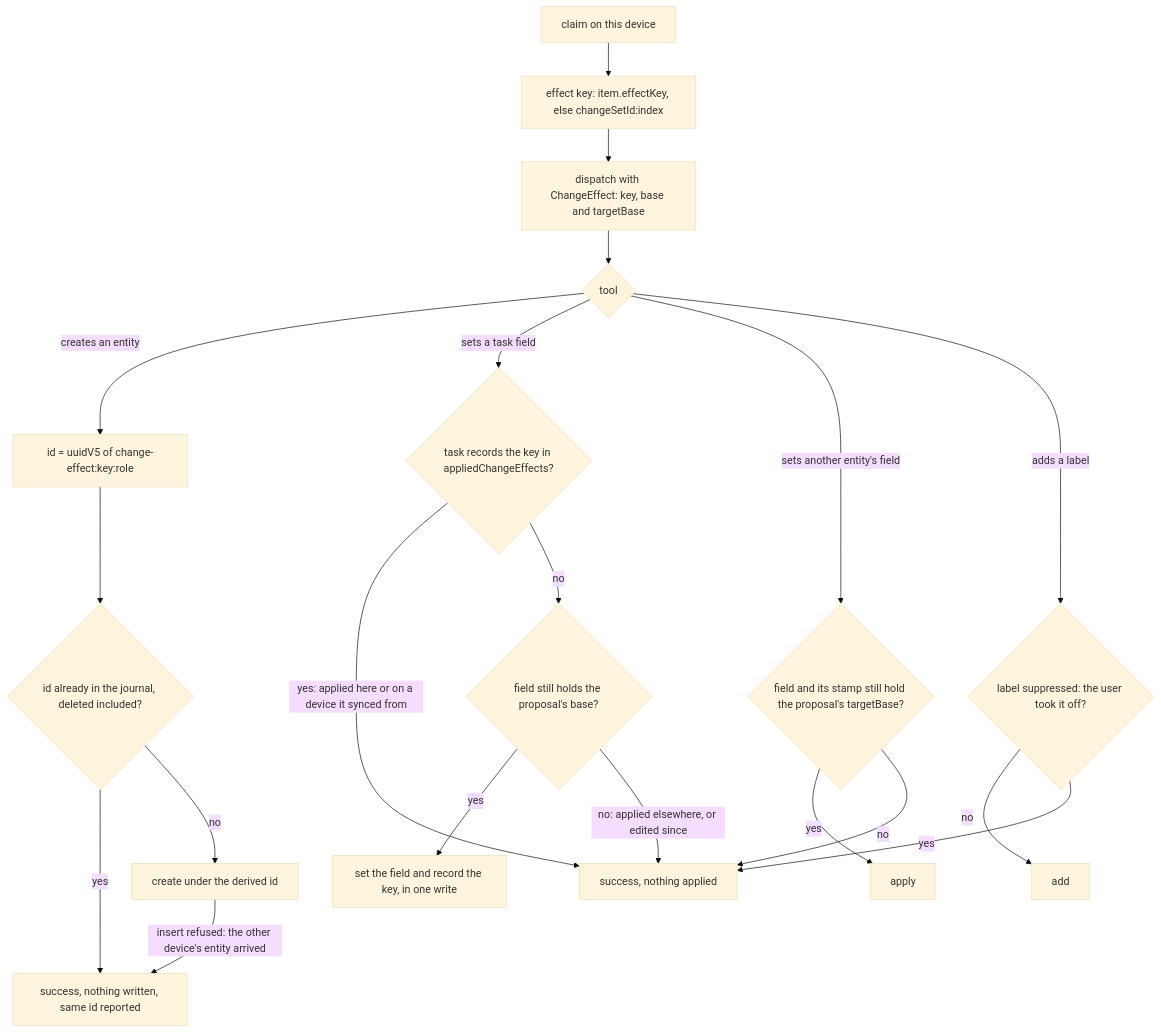
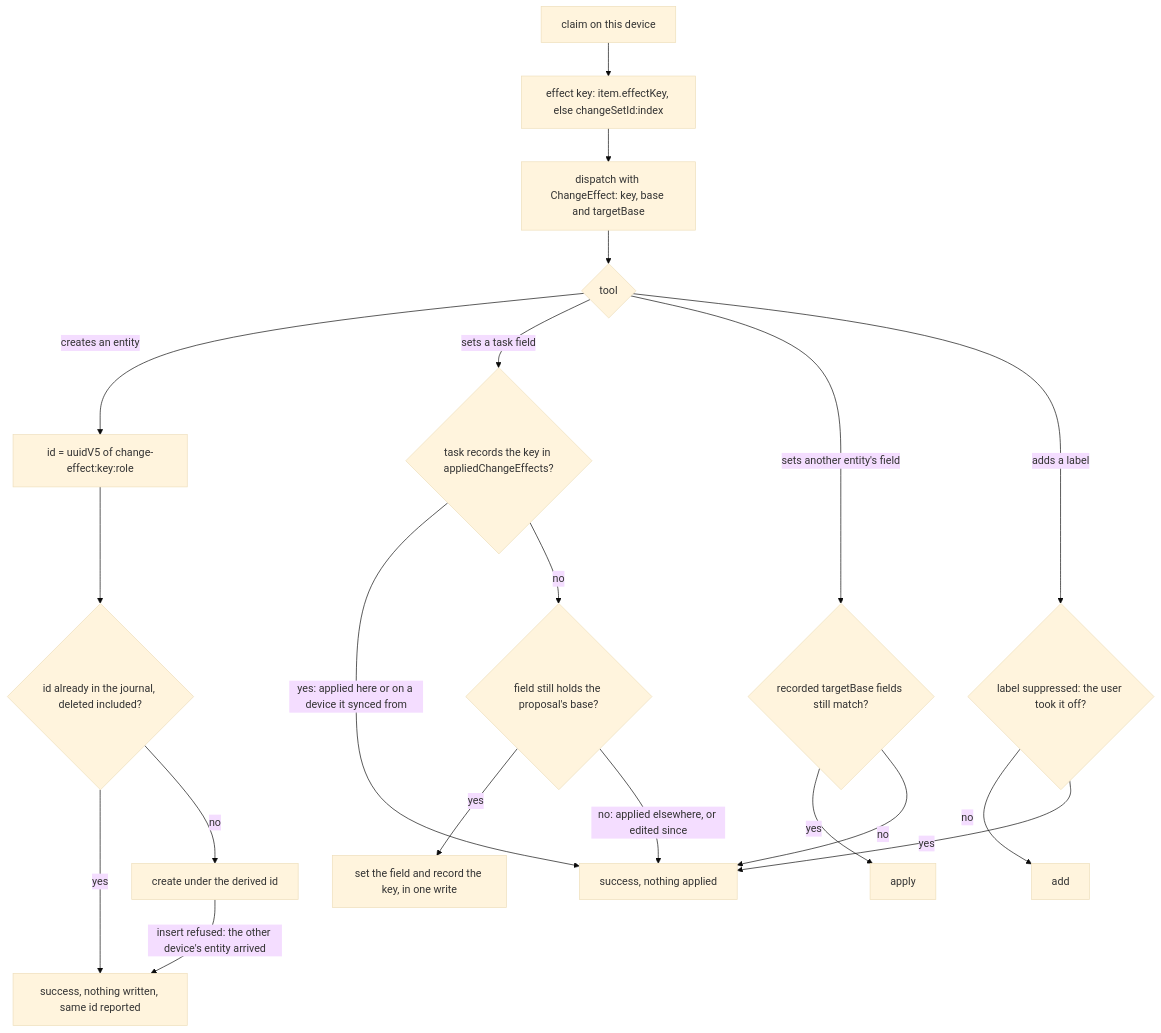
Before and after one commit to matthiasn/lotti: the eighth of 10 diagrams in knowledge/features/agents/task-agents.md, drawn with Mermaid (base theme). The commit also changed other lines of this file and 23 other files, not shown here.

````diff
--- a/knowledge/features/agents/task-agents.md
+++ b/knowledge/features/agents/task-agents.md
@@ -1104,22 +1104,22 @@
 ```mermaid
 flowchart TD
   Confirm[claim on this device] --> Key["effect key: item.effectKey, else changeSetId:index"]
   Key --> Dispatch[dispatch with ChangeEffect: key, base and targetBase]
   Dispatch --> Kind{tool}
   Kind -->|creates an entity| Derived["id = uuidV5 of change-effect:key:role"]
   Derived --> Exists{"id already in the journal, deleted included?"}
   Exists -->|yes| Noop[success, nothing written, same id reported]
   Exists -->|no| Create[create under the derived id]
   Create -->|insert refused: the other device's entity arrived| Noop
   Kind -->|sets a task field| Mark{"task records the key in appliedChangeEffects?"}
   Mark -->|yes: applied here or on a device it synced from| Skip[success, nothing applied]
   Mark -->|no| Cas{"field still holds the proposal's base?"}
   Cas -->|yes| Apply["set the field and record the key, in one write"]
   Cas -->|no: applied elsewhere, or edited since| Skip
-  Kind -->|sets another entity's field| TCas{"field and its stamp still hold the proposal's targetBase?"}
+  Kind -->|sets another entity's field| TCas{"recorded targetBase fields still match?"}
   TCas -->|yes| TApply[apply]
   TCas -->|no| Skip
   Kind -->|adds a label| Supp{"label suppressed: the user took it off?"}
   Supp -->|no| Add[add]
   Supp -->|yes| Skip
 ```
````
